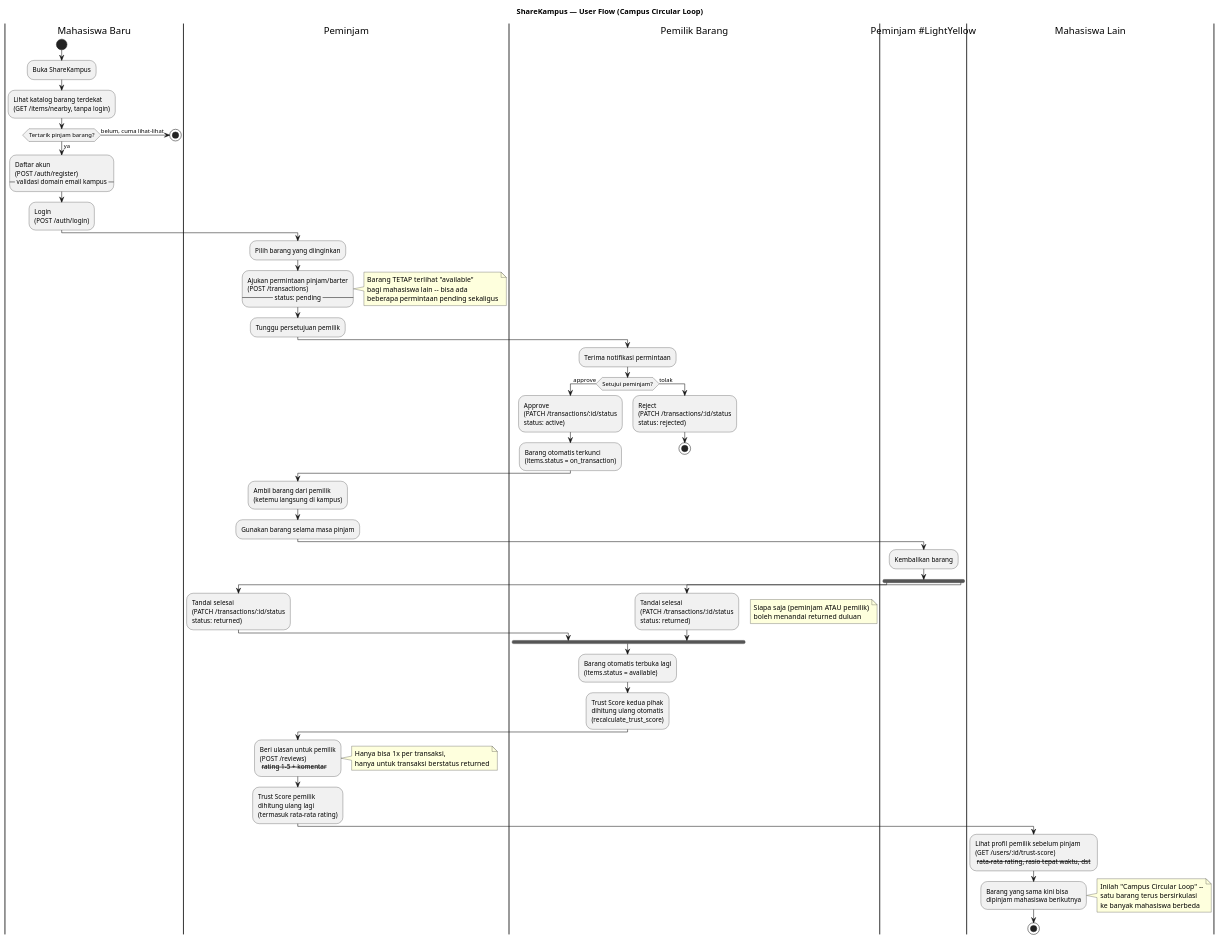
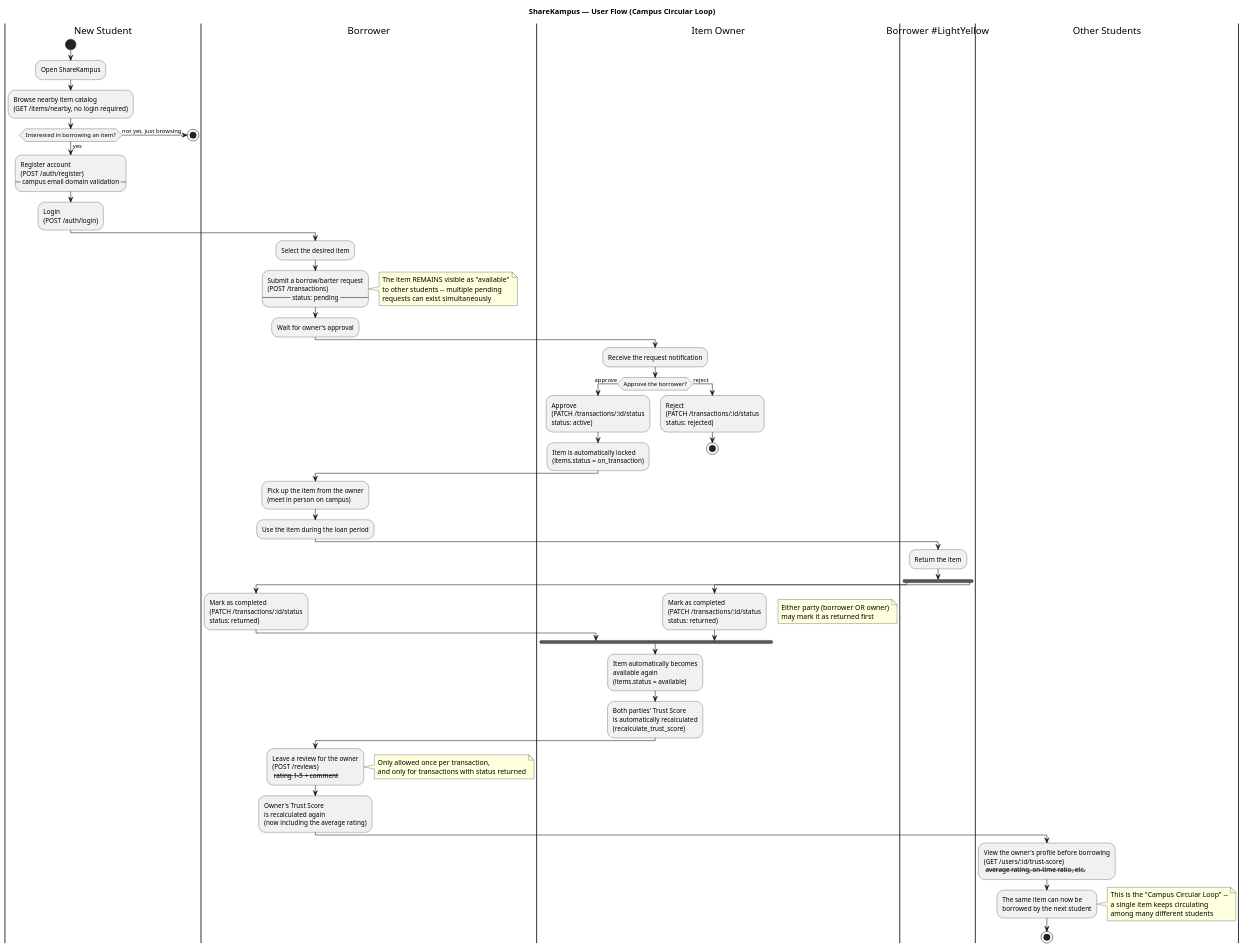
Before and after one commit to FathRq/ShareKampus: the diagram in out/note/ERD/userflow.puml, drawn with PlantUML. The commit also changed 3 other files, not shown here.

Commit message:
ERD and Userflow

```diff
--- a/out/note/ERD/userflow.puml
+++ b/out/note/ERD/userflow.puml
@@ -1,77 +1,77 @@
 @startuml ShareKampus_UserFlow
 title ShareKampus — User Flow (Campus Circular Loop)
 
-|Mahasiswa Baru|
+|New Student|
 start
-:Buka ShareKampus;
-:Lihat katalog barang terdekat\n(GET /items/nearby, tanpa login);
+:Open ShareKampus;
+:Browse nearby item catalog\n(GET /items/nearby, no login required);
 
-if (Tertarik pinjam barang?) then (ya)
-  :Daftar akun\n(POST /auth/register)\n-- validasi domain email kampus --;
+if (Interested in borrowing an item?) then (yes)
+  :Register account\n(POST /auth/register)\n-- campus email domain validation --;
   :Login\n(POST /auth/login);
-else (belum, cuma lihat-lihat)
+else (not yet, just browsing)
   stop
 endif
 
-|Peminjam|
-:Pilih barang yang diinginkan;
-:Ajukan permintaan pinjam/barter\n(POST /transactions)\n-- status: pending --;
+|Borrower|
+:Select the desired item;
+:Submit a borrow/barter request\n(POST /transactions)\n-- status: pending --;
 note right
-  Barang TETAP terlihat "available"
-  bagi mahasiswa lain -- bisa ada
-  beberapa permintaan pending sekaligus
+  The item REMAINS visible as "available"
+  to other students -- multiple pending
+  requests can exist simultaneously
 end note
-:Tunggu persetujuan pemilik;
+:Wait for owner's approval;
 
-|Pemilik Barang|
-:Terima notifikasi permintaan;
-if (Setujui peminjam?) then (approve)
+|Item Owner|
+:Receive the request notification;
+if (Approve the borrower?) then (approve)
   :Approve\n(PATCH /transactions/:id/status\nstatus: active);
-  :Barang otomatis terkunci\n(items.status = on_transaction);
-else (tolak)
+  :Item is automatically locked\n(items.status = on_transaction);
+else (reject)
   :Reject\n(PATCH /transactions/:id/status\nstatus: rejected);
   stop
 endif
 
-|Peminjam|
-:Ambil barang dari pemilik\n(ketemu langsung di kampus);
-:Gunakan barang selama masa pinjam;
+|Borrower|
+:Pick up the item from the owner\n(meet in person on campus);
+:Use the item during the loan period;
 
-|Peminjam #LightYellow|
-:Kembalikan barang;
+|Borrower #LightYellow|
+:Return the item;
 
 fork
-  |Peminjam|
-  :Tandai selesai\n(PATCH /transactions/:id/status\nstatus: returned);
+  |Borrower|
+  :Mark as completed\n(PATCH /transactions/:id/status\nstatus: returned);
 fork again
-  |Pemilik Barang|
-  :Tandai selesai\n(PATCH /transactions/:id/status\nstatus: returned);
+  |Item Owner|
+  :Mark as completed\n(PATCH /transactions/:id/status\nstatus: returned);
 end fork
 note right
-  Siapa saja (peminjam ATAU pemilik)
-  boleh menandai returned duluan
+  Either party (borrower OR owner)
+  may mark it as returned first
 end note
 
-:Barang otomatis terbuka lagi\n(items.status = available);
-:Trust Score kedua pihak\ndihitung ulang otomatis\n(recalculate_trust_score);
+:Item automatically becomes\navailable again\n(items.status = available);
+:Both parties' Trust Score\nis automatically recalculated\n(recalculate_trust_score);
 
-|Peminjam|
-:Beri ulasan untuk pemilik\n(POST /reviews)\n-- rating 1-5 + komentar --;
+|Borrower|
+:Leave a review for the owner\n(POST /reviews)\n-- rating 1-5 + comment --;
 note right
-  Hanya bisa 1x per transaksi,
-  hanya untuk transaksi berstatus returned
+  Only allowed once per transaction,
+  and only for transactions with status returned
 end note
-:Trust Score pemilik\ndihitung ulang lagi\n(termasuk rata-rata rating);
+:Owner's Trust Score\nis recalculated again\n(now including the average rating);
 
-|Mahasiswa Lain|
-:Lihat profil pemilik sebelum pinjam\n(GET /users/:id/trust-score)\n-- rata-rata rating, rasio tepat waktu, dst --;
-:Barang yang sama kini bisa\ndipinjam mahasiswa berikutnya;
+|Other Students|
+:View the owner's profile before borrowing\n(GET /users/:id/trust-score)\n-- average rating, on-time ratio, etc. --;
+:The same item can now be\nborrowed by the next student;
 note right
-  Inilah "Campus Circular Loop" --
-  satu barang terus bersirkulasi
-  ke banyak mahasiswa berbeda
+  This is the "Campus Circular Loop" --
+  a single item keeps circulating
+  among many different students
 end note
 
 stop
 
 @enduml
```
